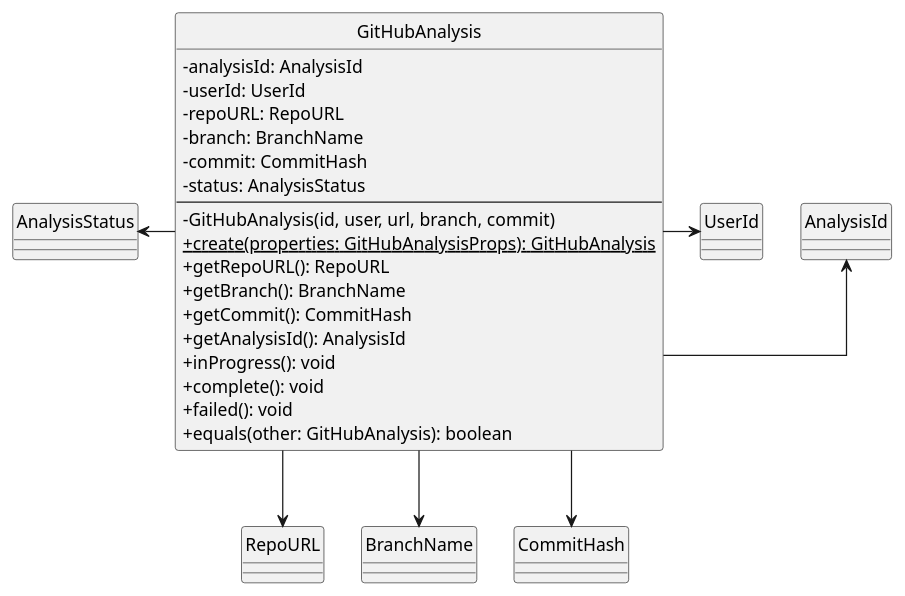
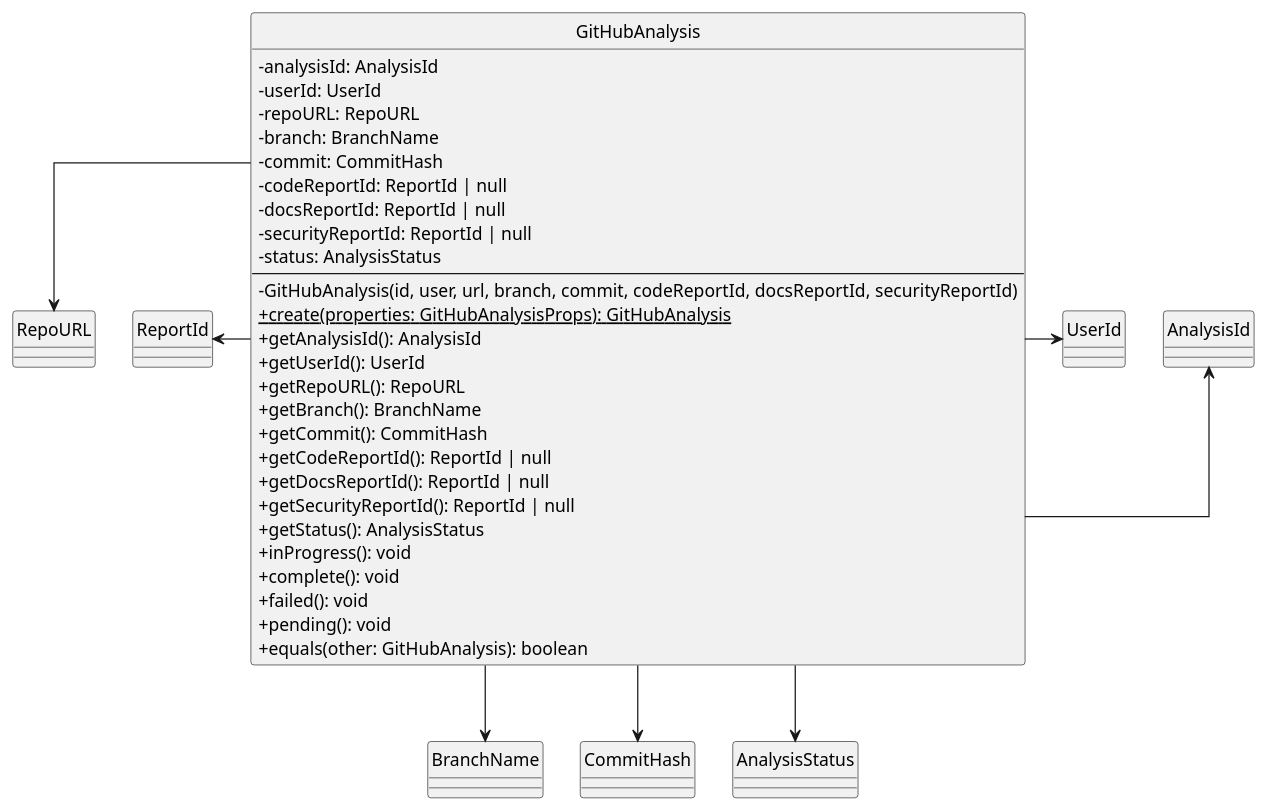
One commit to SkarabGroup/DocumentazioneProgetto changed the diagram in assets/st_diagrams/code/plantuml/analysis/domain/entities/githubAnalysis.entity.plantuml. Above: the diagram before and after it, drawn with PlantUML. The commit also changed 8 other files, not shown here.

```diff
--- a/assets/st_diagrams/code/plantuml/analysis/domain/entities/githubAnalysis.entity.plantuml
+++ b/assets/st_diagrams/code/plantuml/analysis/domain/entities/githubAnalysis.entity.plantuml
@@ -1,35 +1,45 @@
 @startuml GitHubAnalysis
 skinparam componentStyle uml2.5
 skinparam linetype ortho
 skinparam nodesep 30
 skinparam ranksep 30
 skinparam ClassAttributeIconSize 0
 hide circles
 
 class GitHubAnalysis {
     - analysisId: AnalysisId
     - userId: UserId
     - repoURL: RepoURL
     - branch: BranchName
     - commit: CommitHash
+    - codeReportId: ReportId | null
+    - docsReportId: ReportId | null
+    - securityReportId: ReportId | null
     - status: AnalysisStatus
     ---
-    - GitHubAnalysis(id, user, url, branch, commit)
+    - GitHubAnalysis(id, user, url, branch, commit, codeReportId, docsReportId, securityReportId)
     + {static} create(properties: GitHubAnalysisProps): GitHubAnalysis
+    + getAnalysisId(): AnalysisId
+    + getUserId(): UserId
     + getRepoURL(): RepoURL
     + getBranch(): BranchName
     + getCommit(): CommitHash
-    + getAnalysisId(): AnalysisId
+    + getCodeReportId(): ReportId | null
+    + getDocsReportId(): ReportId | null
+    + getSecurityReportId(): ReportId | null
+    + getStatus(): AnalysisStatus
     + inProgress(): void
     + complete(): void
     + failed(): void
+    + pending(): void
     + equals(other: GitHubAnalysis): boolean
 }
 
 GitHubAnalysis --right-> AnalysisId
 GitHubAnalysis --right-> UserId
-GitHubAnalysis --down-> RepoURL
+GitHubAnalysis --left-> ReportId
+GitHubAnalysis --left-> RepoURL
 GitHubAnalysis --down-> BranchName
 GitHubAnalysis --down-> CommitHash
-GitHubAnalysis --left-> AnalysisStatus
+GitHubAnalysis --down-> AnalysisStatus
 @enduml
```
